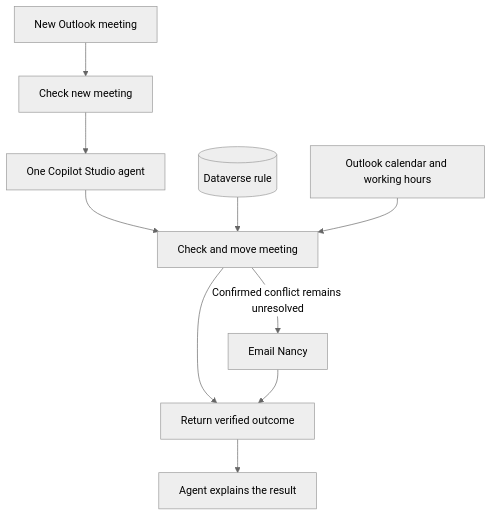
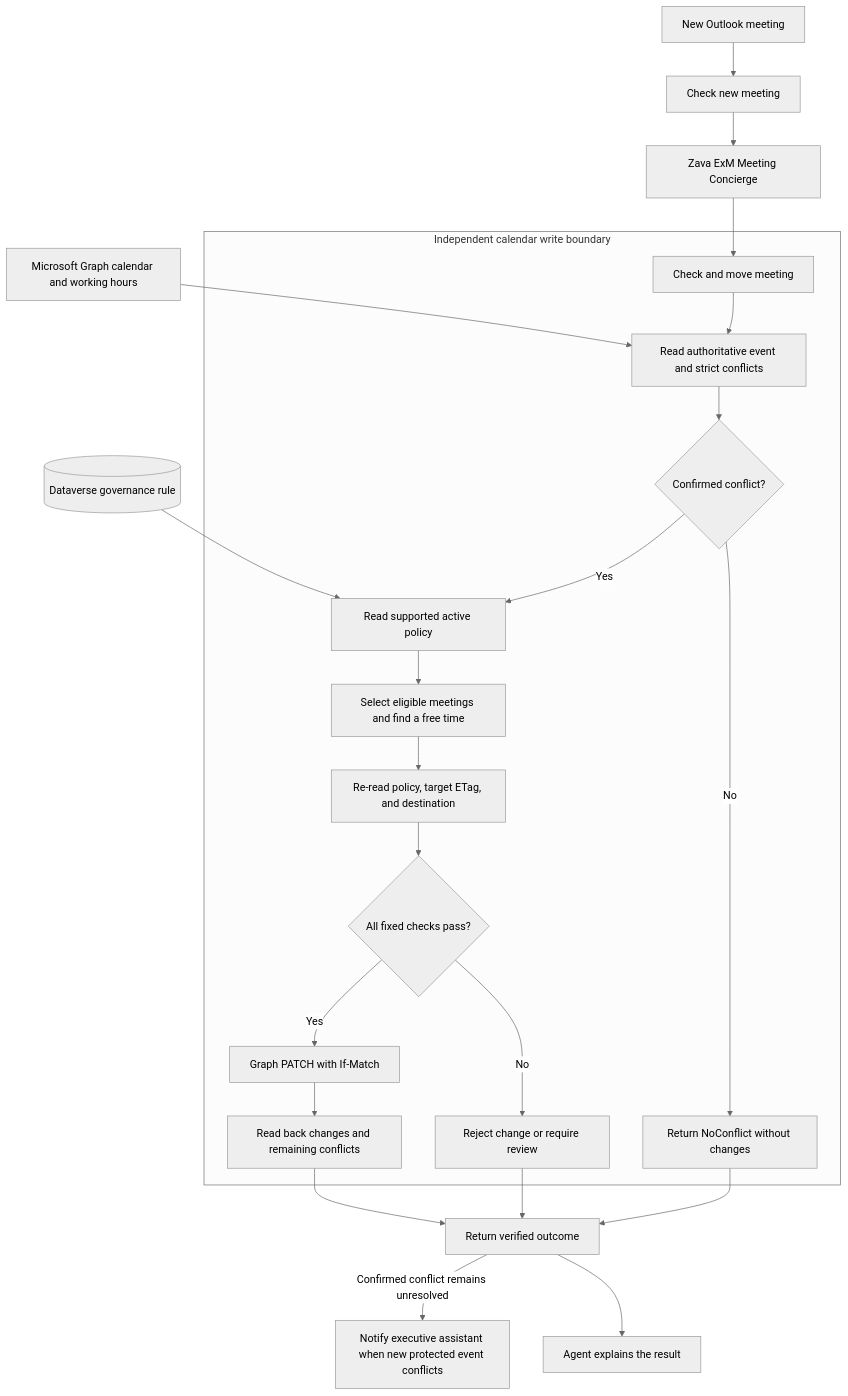
The diagram in README.md (aandino-zava/zava-exm-meeting-concierge), drawn with Mermaid (neutral theme) before and after one commit. The commit also changed other lines of this file and 3 other files, not shown here.

Commit message:
Restore architecture rationale and Gatekeeper detail in README

````diff
--- a/README.md
+++ b/README.md
@@ -15,12 +33,25 @@
 ```mermaid
 flowchart TD
     O[New Outlook meeting] --> T[Check new meeting]
-    T --> A[One Copilot Studio agent]
-    A --> F[Check and move meeting]
-    D[(Dataverse rule)] --> F
-    C[Outlook calendar and working hours] --> F
-    F --> R[Return verified outcome]
-    F -->|Confirmed conflict remains unresolved| N[Email Nancy]
-    N --> R
-    R --> E[Agent explains the result]
+    T --> A[Zava ExM Meeting Concierge]
+    A --> K[Check and move meeting]
+    D[(Dataverse governance rule)] --> R
+    C[Microsoft Graph calendar and working hours] --> E
+    subgraph Gatekeeper [Independent calendar write boundary]
+      K --> E[Read authoritative event and strict conflicts]
+      E --> H{Confirmed conflict?}
+      H -->|No| N[Return NoConflict without changes]
+      H -->|Yes| R[Read supported active policy]
+      R --> S[Select eligible meetings and find a free time]
+      S --> V[Re-read policy, target ETag, and destination]
+      V --> Q{All fixed checks pass?}
+      Q -->|Yes| W[Graph PATCH with If-Match]
+      W --> B[Read back changes and remaining conflicts]
+      Q -->|No| X[Reject change or require review]
+    end
+    B --> OUT[Return verified outcome]
+    X --> OUT
+    N --> OUT
+    OUT -->|Confirmed conflict remains unresolved| EA[Notify executive assistant when new protected event conflicts]
+    OUT --> EX[Agent explains the result]
 ```
````
